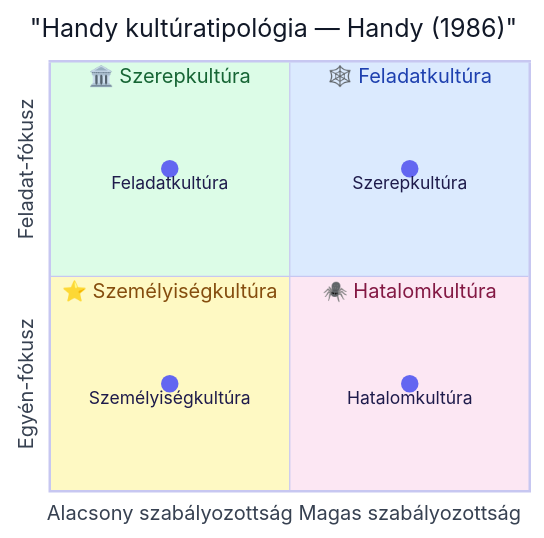
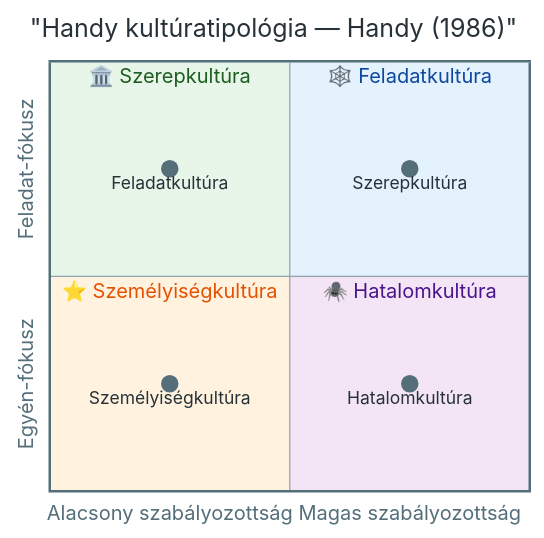
The first of 2 diagrams in Tételek/K12-GMXHR1MBLF-Szervezeti kultúra.tétel.md (denespocsik/MM_BSC_Zarovizsga), drawn with Mermaid before and after one commit. The commit also changed other lines of this file and 34 other files, not shown here.

First line of the commit message:
style(tételek): egységes vizuális arculat a Mermaid-diagramokhoz

````diff
--- a/Tételek/K12-GMXHR1MBLF-Szervezeti kultúra.tétel.md
+++ b/Tételek/K12-GMXHR1MBLF-Szervezeti kultúra.tétel.md
@@ -19,26 +19,15 @@
 ```mermaid
-%%{init: {
-  "quadrantChart": {"chartWidth": 420, "chartHeight": 420, "pointRadius": 7, "pointLabelFontSize": 14},
-  "themeVariables": {
-    "quadrant1Fill": "#dbeafe", "quadrant1TextFill": "#1e40af",
-    "quadrant2Fill": "#dcfce7", "quadrant2TextFill": "#166534",
-    "quadrant3Fill": "#fef9c3", "quadrant3TextFill": "#854d0e",
-    "quadrant4Fill": "#fce7f3", "quadrant4TextFill": "#831843",
-    "quadrantPointFill": "#6366f1", "quadrantPointTextFill": "#1e1b4b",
-    "quadrantXAxisTextFill": "#374151", "quadrantYAxisTextFill": "#374151",
-    "quadrantTitleFill": "#111827"
-  }
-}}%%
+%%{init: {'theme':'base','themeVariables':{'quadrant1Fill':'#e3f2fd','quadrant2Fill':'#e8f5e9','quadrant3Fill':'#fff3e0','quadrant4Fill':'#f3e5f5','quadrant1TextFill':'#0d47a1','quadrant2TextFill':'#1b5e20','quadrant3TextFill':'#e65100','quadrant4TextFill':'#4a148c','quadrantPointFill':'#546e7a','quadrantPointTextFill':'#263238','quadrantXAxisTextFill':'#546e7a','quadrantYAxisTextFill':'#546e7a','quadrantTitleFill':'#263238','quadrantInternalBorderStrokeFill':'#90a4ae','quadrantExternalBorderStrokeFill':'#546e7a'},'quadrantChart':{'chartWidth':420,'chartHeight':420,'pointRadius':7,'pointLabelFontSize':14}}}%%
 quadrantChart
     title "Handy kultúratipológia — Handy (1986)"
     x-axis "Alacsony szabályozottság" --> "Magas szabályozottság"
     y-axis "Egyén-fókusz" --> "Feladat-fókusz"
     quadrant-1 "🕸️ Feladatkultúra"
     quadrant-2 "🏛️ Szerepkultúra"
     quadrant-3 "⭐ Személyiségkultúra"
     quadrant-4 "🕷️ Hatalomkultúra"
     "Feladatkultúra": [0.25, 0.75]
     "Szerepkultúra": [0.75, 0.75]
     "Személyiségkultúra": [0.25, 0.25]
     "Hatalomkultúra": [0.75, 0.25]
 ```
````
